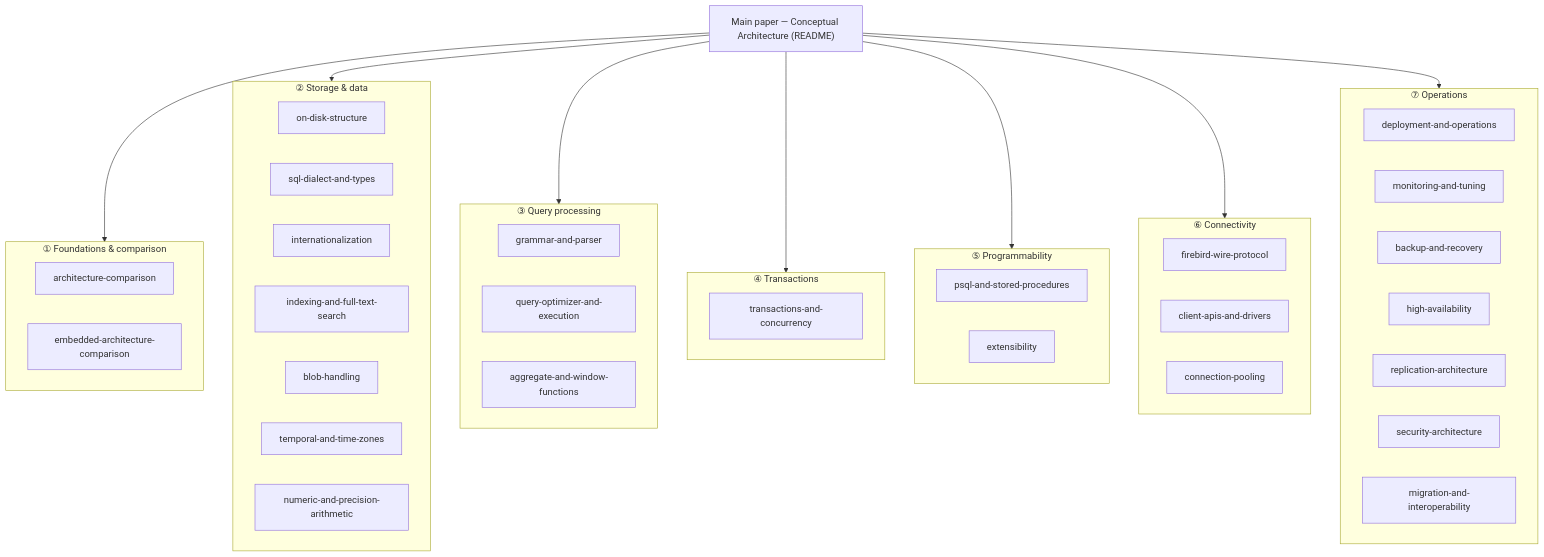
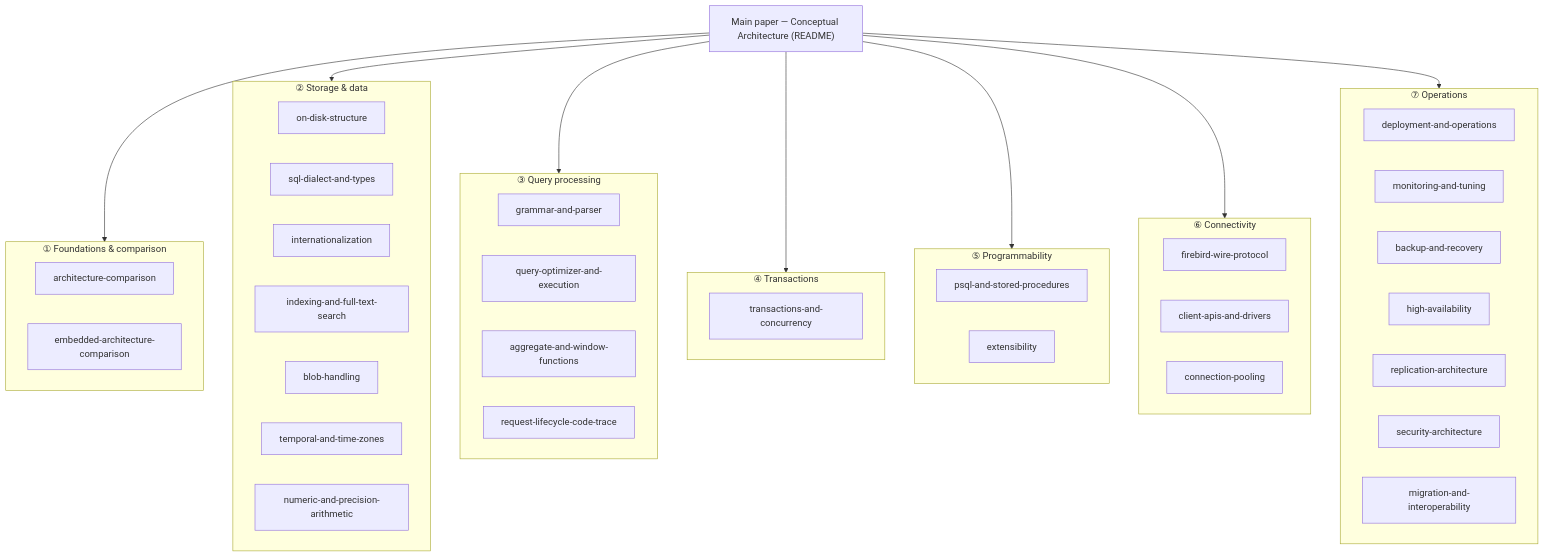
Before and after one commit to mariuz/conceptual-architecture-for-firebird-paper: the diagram in READING-GUIDE.md, drawn with Mermaid. The commit also changed other lines of this file and 2 other files, not shown here.

First line of the commit message:
Add source-code trace of the paper's metadata-update scenario

````diff
--- a/READING-GUIDE.md
+++ b/READING-GUIDE.md
@@ -9,46 +9,47 @@
 ```mermaid
 flowchart TB
     PAPER["Main paper — Conceptual Architecture (README)"]
 
     PAPER --> T1 & T2 & T3 & T4 & T5 & T6 & T7
 
     subgraph T1["① Foundations & comparison"]
         A1["architecture-comparison"]
         A2["embedded-architecture-comparison"]
     end
     subgraph T2["② Storage & data"]
         B1["on-disk-structure"]
         B2["sql-dialect-and-types"]
         B3["internationalization"]
         B4["indexing-and-full-text-search"]
         B5["blob-handling"]
         B6["temporal-and-time-zones"]
         B7["numeric-and-precision-arithmetic"]
     end
     subgraph T3["③ Query processing"]
         C1["grammar-and-parser"]
         C2["query-optimizer-and-execution"]
         C3["aggregate-and-window-functions"]
+        C4["request-lifecycle-code-trace"]
     end
     subgraph T4["④ Transactions"]
         D1["transactions-and-concurrency"]
     end
     subgraph T5["⑤ Programmability"]
         E1["psql-and-stored-procedures"]
         E2["extensibility"]
     end
     subgraph T6["⑥ Connectivity"]
         F1["firebird-wire-protocol"]
         F2["client-apis-and-drivers"]
         F3["connection-pooling"]
     end
     subgraph T7["⑦ Operations"]
         G1["deployment-and-operations"]
         G2["monitoring-and-tuning"]
         G3["backup-and-recovery"]
         G4["high-availability"]
         G5["replication-architecture"]
         G6["security-architecture"]
         G7["migration-and-interoperability"]
     end
 ```
````
